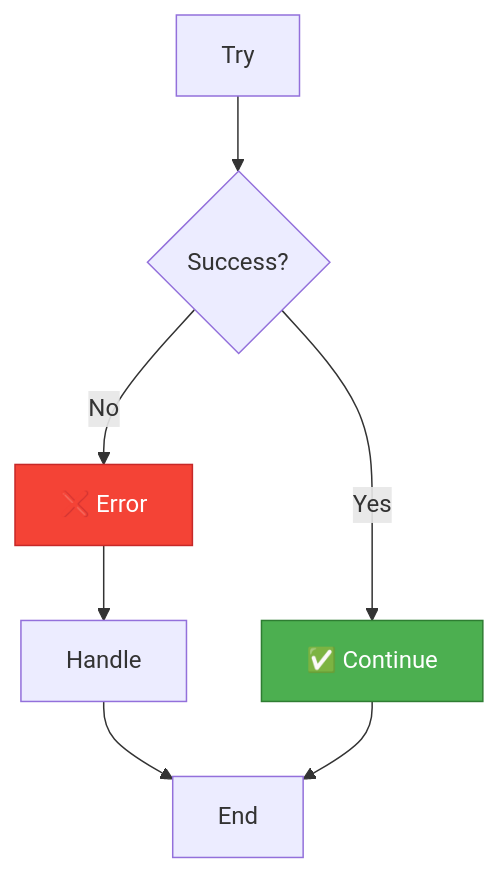
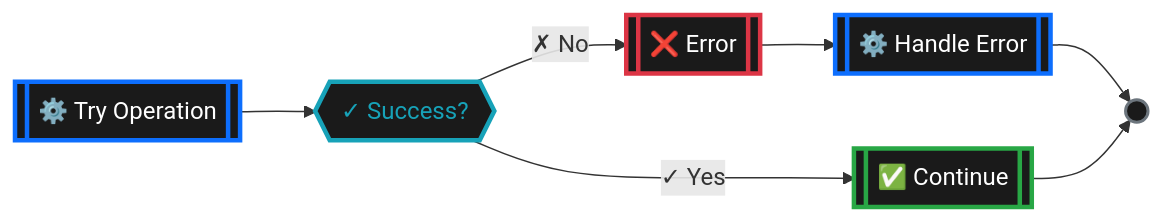
One commit to Mittenzx/Adastrea changed the fourth of 4 diagrams in BLUEPRINT_DISPLAY_CHEATSHEET.md. Above: the diagram before and after it, drawn with Mermaid. The commit also changed other lines of this file and 2 other files, not shown here.

First line of the commit message:
Update Mermaid diagrams with Unreal Engine node styling

````diff
--- a/BLUEPRINT_DISPLAY_CHEATSHEET.md
+++ b/BLUEPRINT_DISPLAY_CHEATSHEET.md
@@ -251,12 +270,16 @@
 ```mermaid
-graph TD
-    A[Try] --> B{Success?}
-    B -->|Yes| C[✅ Continue]
-    B -->|No| D[❌ Error]
-    D --> E[Handle]
-    E --> F[End]
+graph LR
+    A[["⚙️ Try Operation"]] --> B{{"✓ Success?"}}
+    B -->|"✓ Yes"| C[["✅ Continue"]]
+    B -->|"✗ No"| D[["❌ Error"]]
+    D --> E[["⚙️ Handle Error"]]
+    E --> F(( ))
     C --> F
     
-    style D fill:#F44336,stroke:#C62828,color:#fff
-    style C fill:#4CAF50,stroke:#2E7D32,color:#fff
+    style A fill:#1a1a1a,stroke:#0d6efd,stroke-width:3px,color:#fff,rx:10,ry:10
+    style B fill:#1a1a1a,stroke:#17a2b8,stroke-width:3px,color:#17a2b8
+    style C fill:#1a1a1a,stroke:#28a745,stroke-width:3px,color:#fff,rx:10,ry:10
+    style D fill:#1a1a1a,stroke:#DC3545,stroke-width:3px,color:#fff,rx:10,ry:10
+    style E fill:#1a1a1a,stroke:#0d6efd,stroke-width:3px,color:#fff,rx:10,ry:10
+    style F fill:#1a1a1a,stroke:#6c757d,stroke-width:2px,color:#fff
 ```
````
